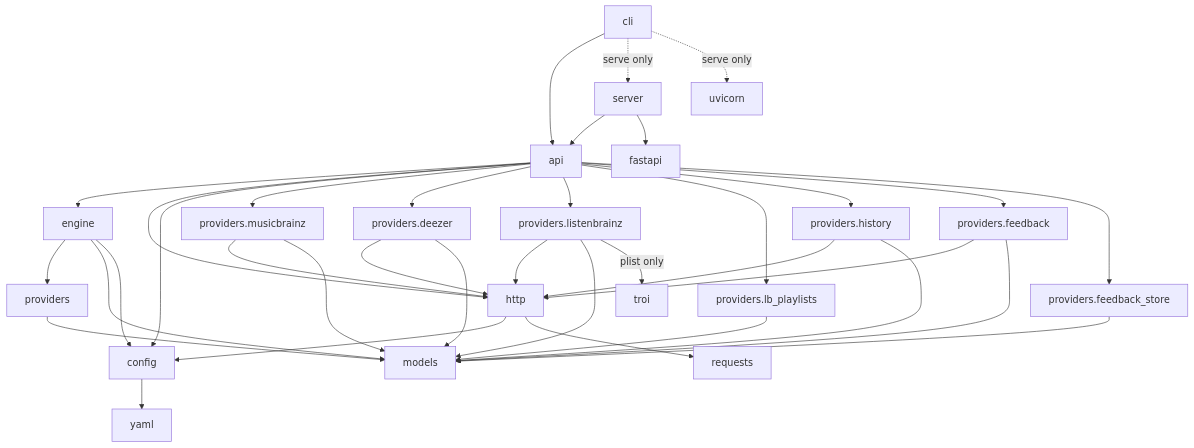
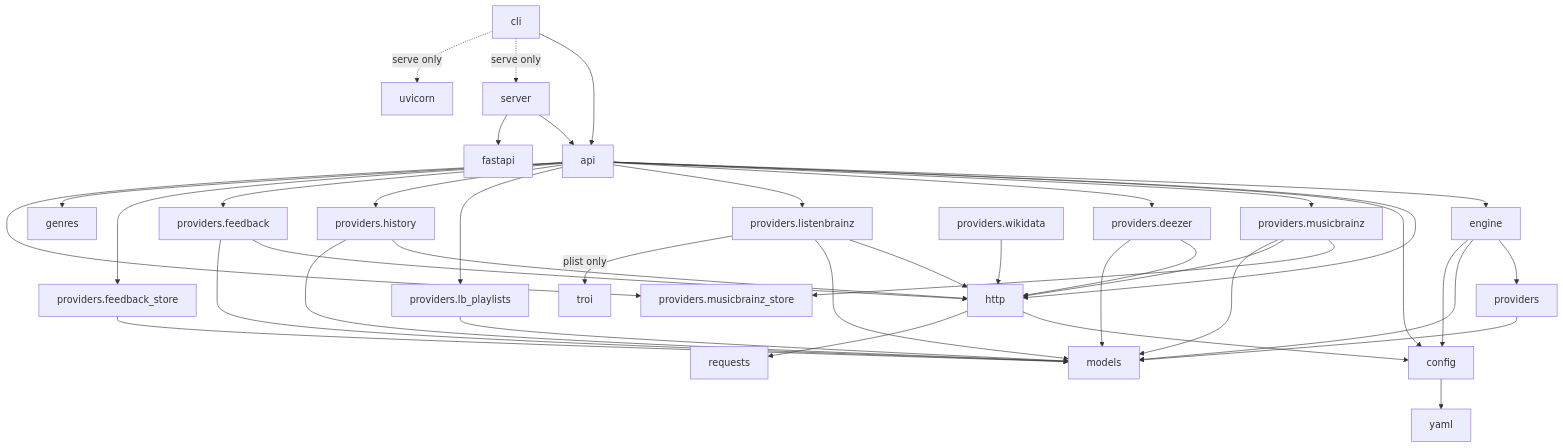
One commit to Goober-nation/Post-Radio changed the diagram in docs/dependencies.md. Above: the diagram before and after it, drawn with Mermaid. The commit also changed other lines of this file and 23 other files, not shown here.

First line of the commit message:
Genre layer, Wikidata adapter and optional local MusicBrainz store

````diff
--- a/docs/dependencies.md
+++ b/docs/dependencies.md
@@ -8,28 +8,32 @@
 ```mermaid
 flowchart TB
     cli --> api
     cli -.->|serve only| server
     cli -.->|serve only| uvicorn
     server --> api
     server --> fastapi
     api --> engine
     api --> http
     api --> config
     api --> p_mb[providers.musicbrainz]
     api --> p_dz[providers.deezer]
     api --> p_lb[providers.listenbrainz]
     api --> p_pl[providers.lb_playlists]
     api --> p_hist[providers.history]
     api --> p_fb[providers.feedback]
     api --> p_store[providers.feedback_store]
+    api --> genres
+    api --> p_mbs[providers.musicbrainz_store]
+    p_mb --> p_mbs
+    p_wd[providers.wikidata] --> http
     engine --> providers
     engine --> models
     engine --> config
     p_mb & p_dz & p_lb & p_hist & p_fb --> http
     p_mb & p_dz & p_lb & p_pl & p_hist & p_fb & p_store --> models
     p_lb -->|plist only| troi
     providers --> models
     http --> config
     http --> requests
     config --> yaml
 ```
````
